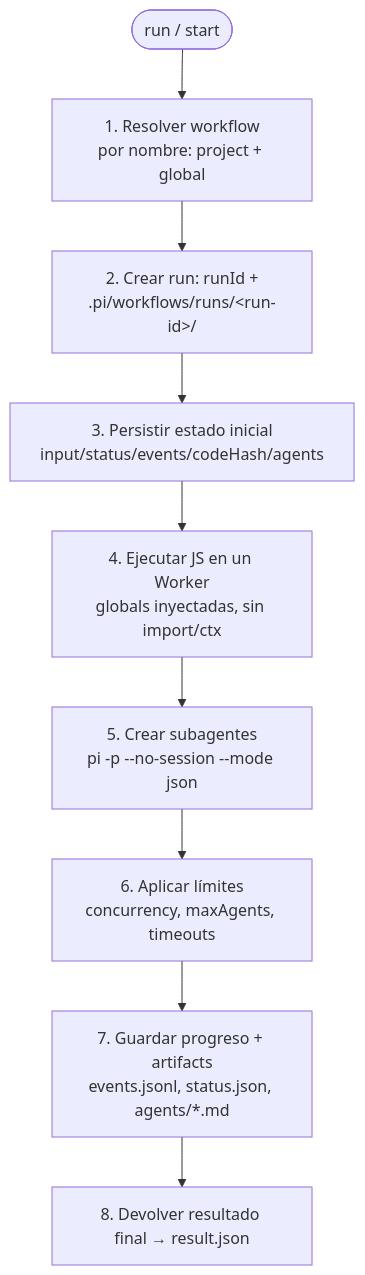
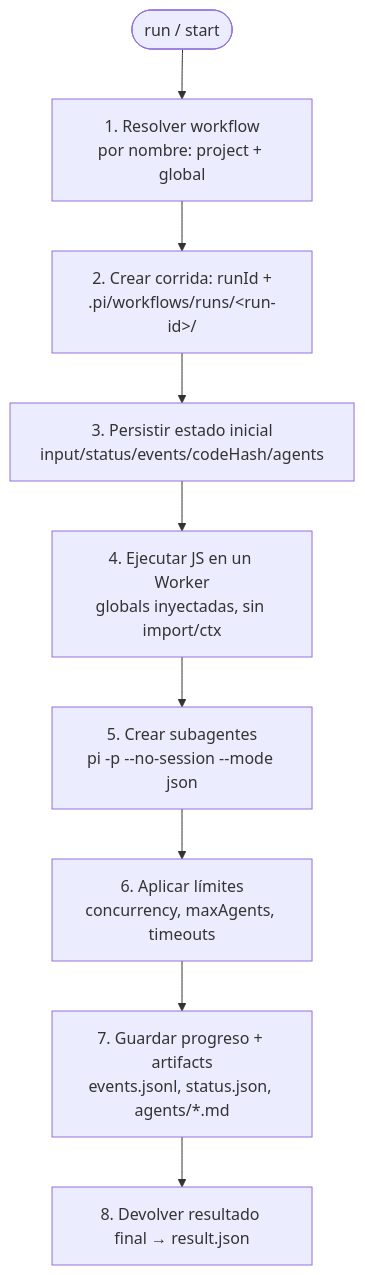
One commit to andrestobelem/pandi-extensions changed the second of 2 diagrams in docs/dynamic-workflows.md. Above: the diagram before and after it, drawn with Mermaid. The commit also changed other lines of this file and 109 other files, not shown here.

````diff
--- a/docs/dynamic-workflows.md
+++ b/docs/dynamic-workflows.md
@@ -116,11 +116,11 @@
 ```mermaid
 flowchart TD
   launch([run / start]) --> resolve[1. Resolver workflow<br/>por nombre: project + global]
-  resolve --> create[2. Crear run: runId +<br/>.pi/workflows/runs/&lt;run-id&gt;/]
+  resolve --> create[2. Crear corrida: runId +<br/>.pi/workflows/runs/&lt;run-id&gt;/]
   create --> persist[3. Persistir estado inicial<br/>input/status/events/codeHash/agents]
   persist --> worker[4. Ejecutar JS en un Worker<br/>globals inyectadas, sin import/ctx]
   worker --> spawn[5. Crear subagentes<br/>pi -p --no-session --mode json]
   spawn --> limits[6. Aplicar límites<br/>concurrency, maxAgents, timeouts]
   limits --> save[7. Guardar progreso + artifacts<br/>events.jsonl, status.json, agents/*.md]
   save --> result[8. Devolver resultado final → result.json]
 ```
````
